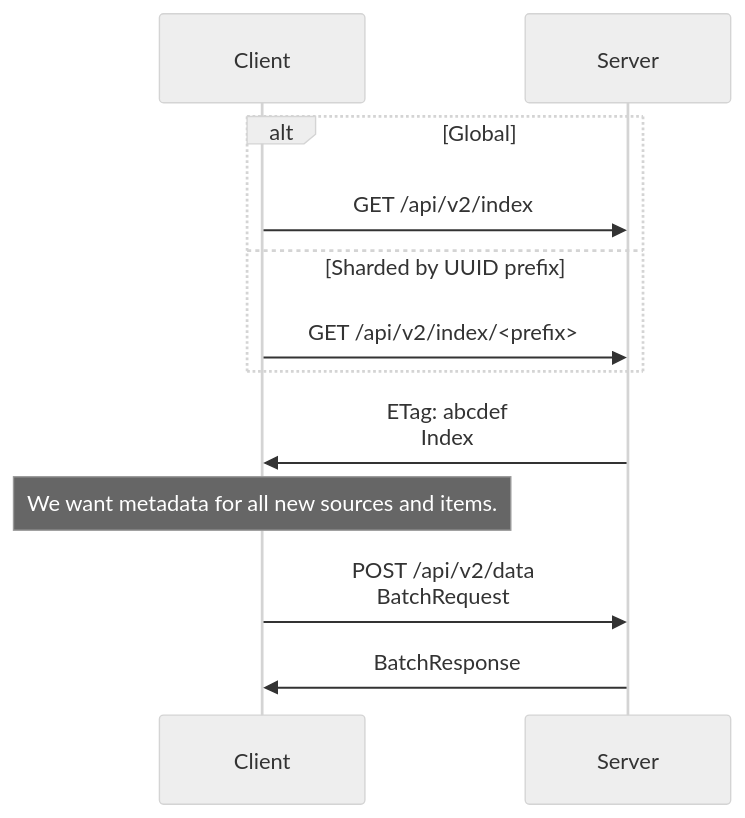
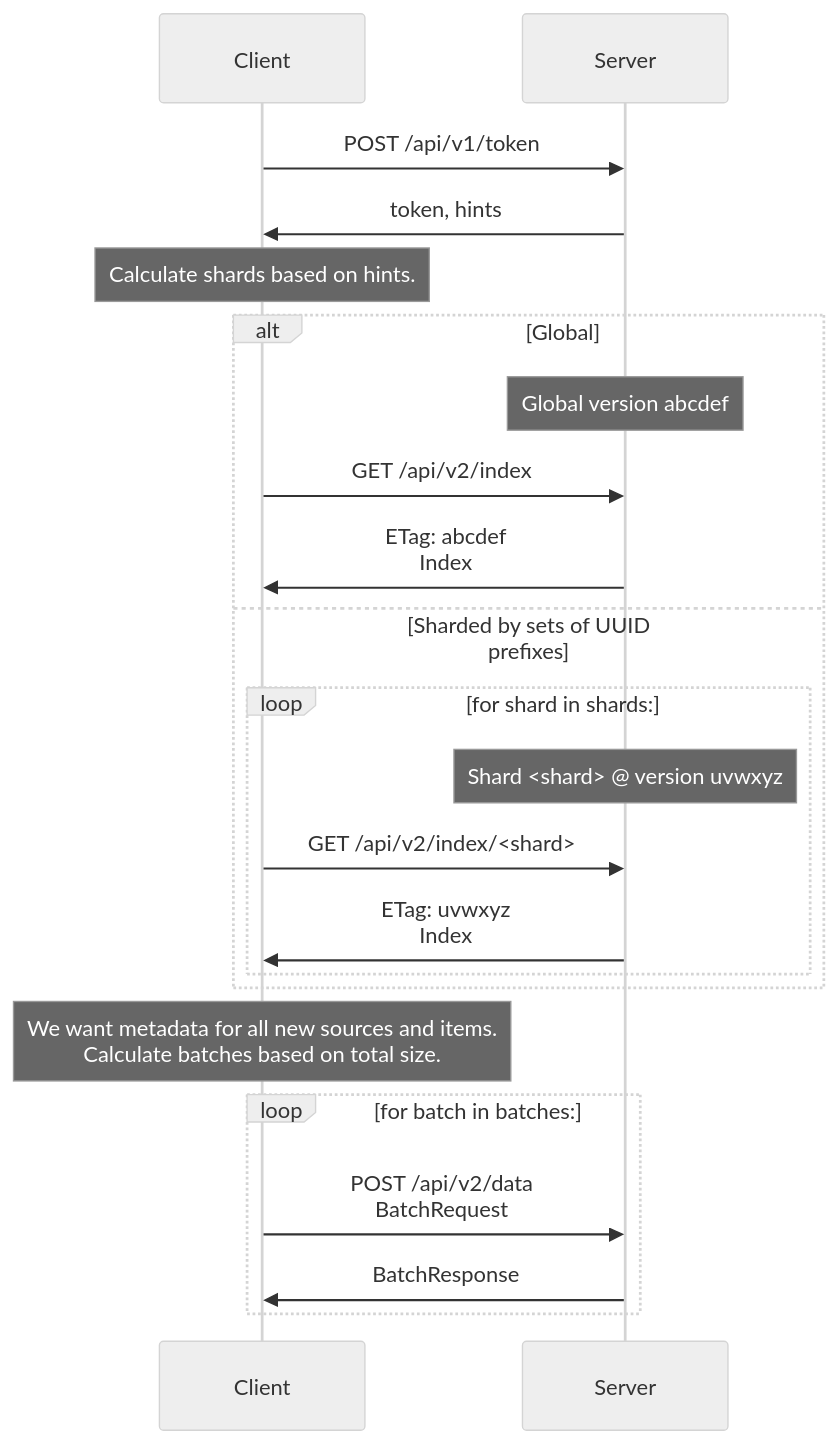
One commit to ppker/securedrop changed the first of 4 diagrams in API2.md. Above: the diagram before and after it, drawn with Mermaid (neutral theme). The commit also changed other lines of this file, not shown here.

Commit message:
docs: sharding metadata

````diff
--- a/API2.md
+++ b/API2.md
@@ -72,16 +77,29 @@
 ```mermaid
 sequenceDiagram
 participant Client
 participant Server
 
+Client ->> Server: POST /api/v1/token
+Server ->> Client: token, hints
+
+Note over Client: Calculate shards based on hints.
+
 alt Global
+    Note over Server: Global version abcdef
     Client ->> Server: GET /api/v2/index
-else Sharded by UUID prefix
-    Client ->> Server: GET /api/v2/index/<prefix>
+    Server ->> Client: ETag: abcdef<br>Index
+else Sharded by sets of UUID prefixes
+    loop for shard in shards:
+        Note over Server: Shard <shard> @ version uvwxyz
+        Client ->> Server: GET /api/v2/index/<shard>
+        Server ->> Client: ETag: uvwxyz<br>Index
+    end
 end
 
-Server ->> Client: ETag: abcdef<br>Index
-Note over Client: We want metadata for all new sources and items.
-Client ->> Server: POST /api/v2/data<br>BatchRequest
-Server ->> Client: BatchResponse
+Note over Client: We want metadata for all new sources and items.<br>Calculate batches based on total size.
+
+loop for batch in batches:
+    Client ->> Server: POST /api/v2/data<br>BatchRequest
+    Server ->> Client: BatchResponse
+end
 ```
````
